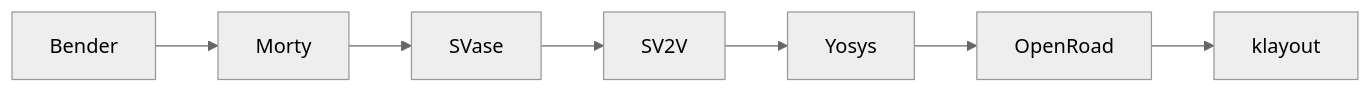
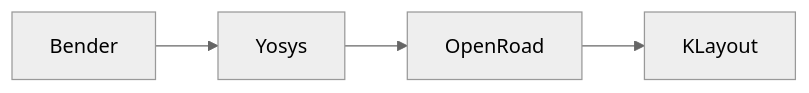
The diagram in README.md (pulp-platform/croc), drawn with Mermaid (neutral theme) before and after one commit. The commit also changed other lines of this file and 5 other files, not shown here.

````diff
--- a/README.md
+++ b/README.md
@@ -61,9 +69,6 @@
 ```mermaid
 graph LR;
-	Bender-->Morty;
-	Morty-->SVase;
-	SVase-->SV2V;
-	SV2V-->Yosys;
+	Bender-->Yosys;
 	Yosys-->OpenRoad;
-	OpenRoad-->klayout;
+	OpenRoad-->KLayout;
 ```
````
